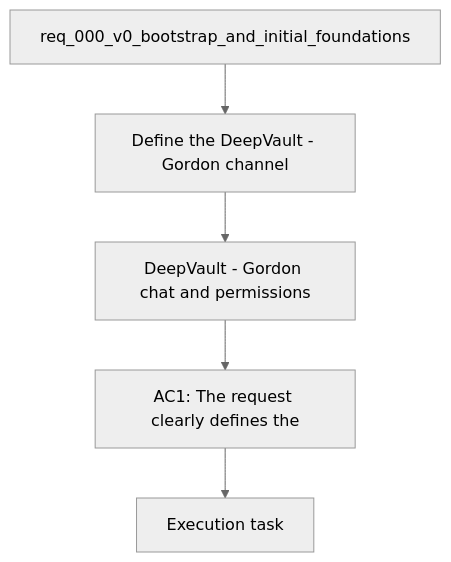
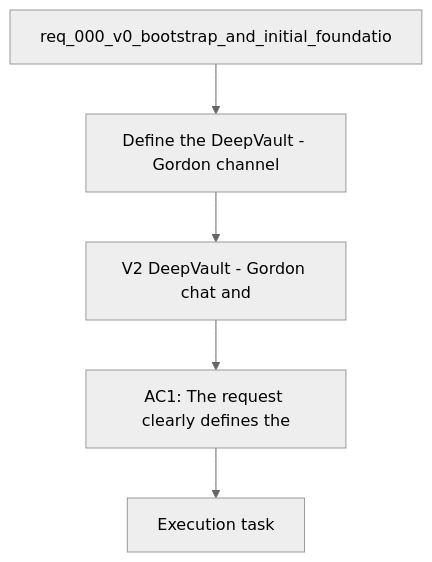
Before and after one commit to AlexAgo83/deepvault: the diagram in logics/backlog/item_004_v2_teams_bot_chat_and_permissions.md, drawn with Mermaid (neutral theme). The commit also changed 28 other files, not shown here.

````diff
--- a/logics/backlog/item_004_v2_teams_bot_chat_and_permissions.md
+++ b/logics/backlog/item_004_v2_teams_bot_chat_and_permissions.md
@@ -23,9 +23,9 @@
 ```mermaid
 %% logics-kind: backlog
 %% logics-signature: backlog|v2-deepvault-gordon-chat-and-permissions|req-000-v0-bootstrap-and-initial-foundat|define-the-deepvault-gordon-channel|ac1-the-request-clearly-defines-the
 flowchart TD
-    Request[req_000_v0_bootstrap_and_initial_foundations] --> Problem[Define the DeepVault - Gordon channel]
-    Problem --> Scope[DeepVault - Gordon chat and permissions]
+    Request[req_000_v0_bootstrap_and_initial_foundatio] --> Problem[Define the DeepVault - Gordon channel]
+    Problem --> Scope[V2 DeepVault - Gordon chat and]
     Scope --> Acceptance[AC1: The request clearly defines the]
     Acceptance --> Tasks[Execution task]
 ```
````
